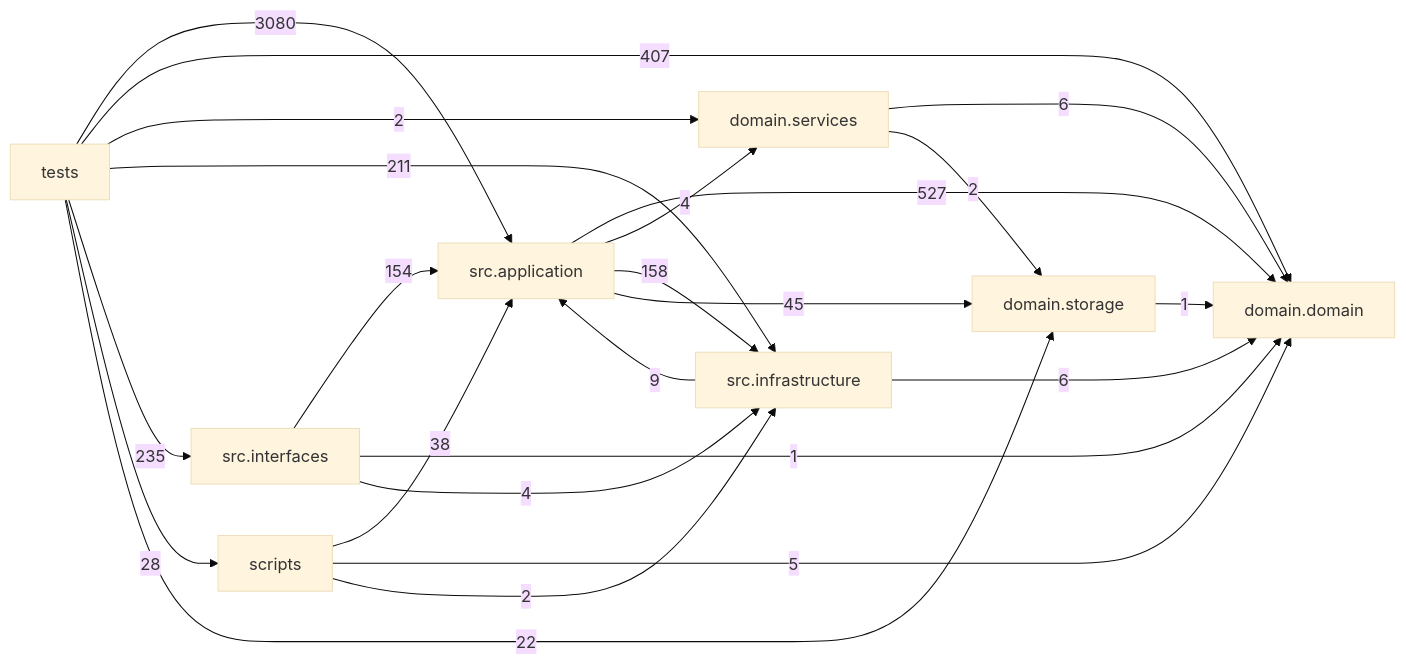
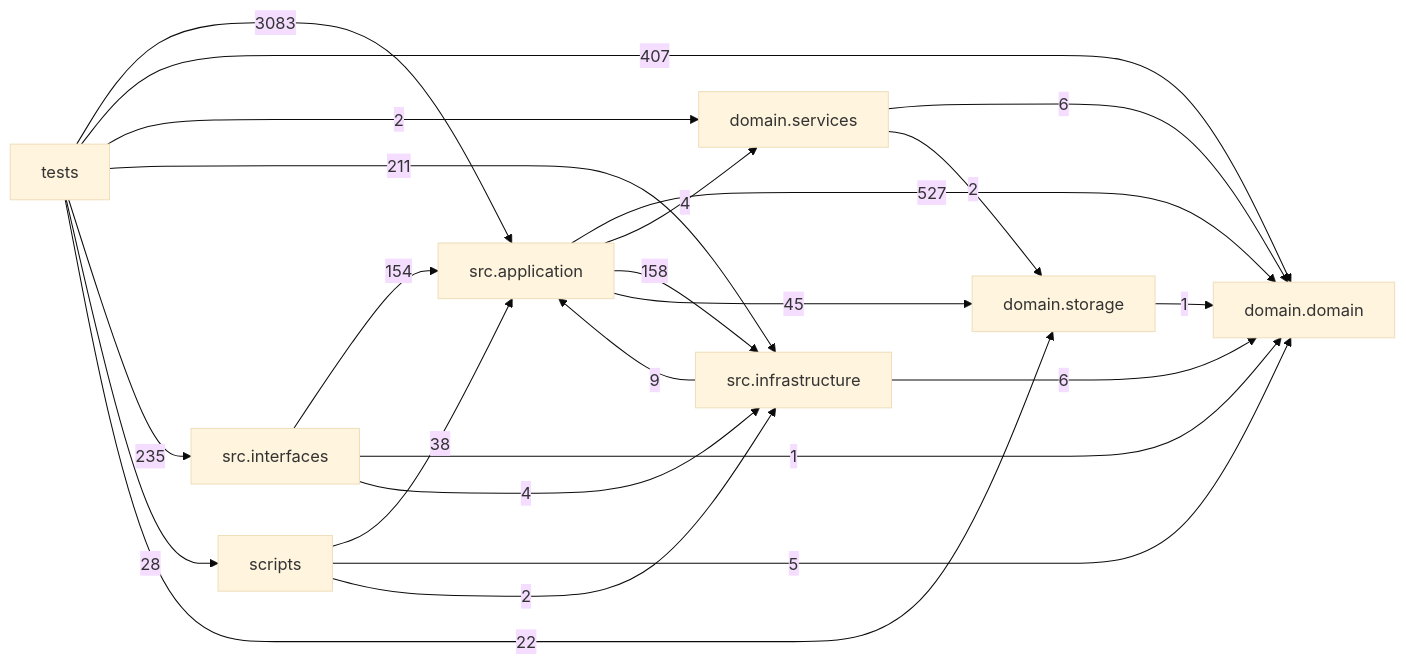
The diagram in docs/DEPENDENCY_GRAPH.md (liuxie066/options-monitor), drawn with Mermaid (base theme) before and after one commit. The commit also changed other lines of this file and 7 other files, not shown here.

````diff
--- a/docs/DEPENDENCY_GRAPH.md
+++ b/docs/DEPENDENCY_GRAPH.md
@@ -24,33 +24,33 @@
 ```mermaid
 flowchart LR
   tests["tests"]
   scripts["scripts"]
   interfaces["src.interfaces"]
   application["src.application"]
   infrastructure["src.infrastructure"]
   domain_services["domain.services"]
   domain["domain.domain"]
   storage["domain.storage"]
   application -->|527| domain
   application -->|4| domain_services
   application -->|158| infrastructure
   application -->|45| storage
   domain_services -->|6| domain
   domain_services -->|2| storage
   infrastructure -->|9| application
   infrastructure -->|6| domain
   interfaces -->|154| application
   interfaces -->|1| domain
   interfaces -->|4| infrastructure
   scripts -->|38| application
   scripts -->|5| domain
   scripts -->|2| infrastructure
   storage -->|1| domain
-  tests -->|3080| application
+  tests -->|3083| application
   tests -->|407| domain
   tests -->|2| domain_services
   tests -->|211| infrastructure
   tests -->|235| interfaces
   tests -->|28| scripts
   tests -->|22| storage
 ```
````
